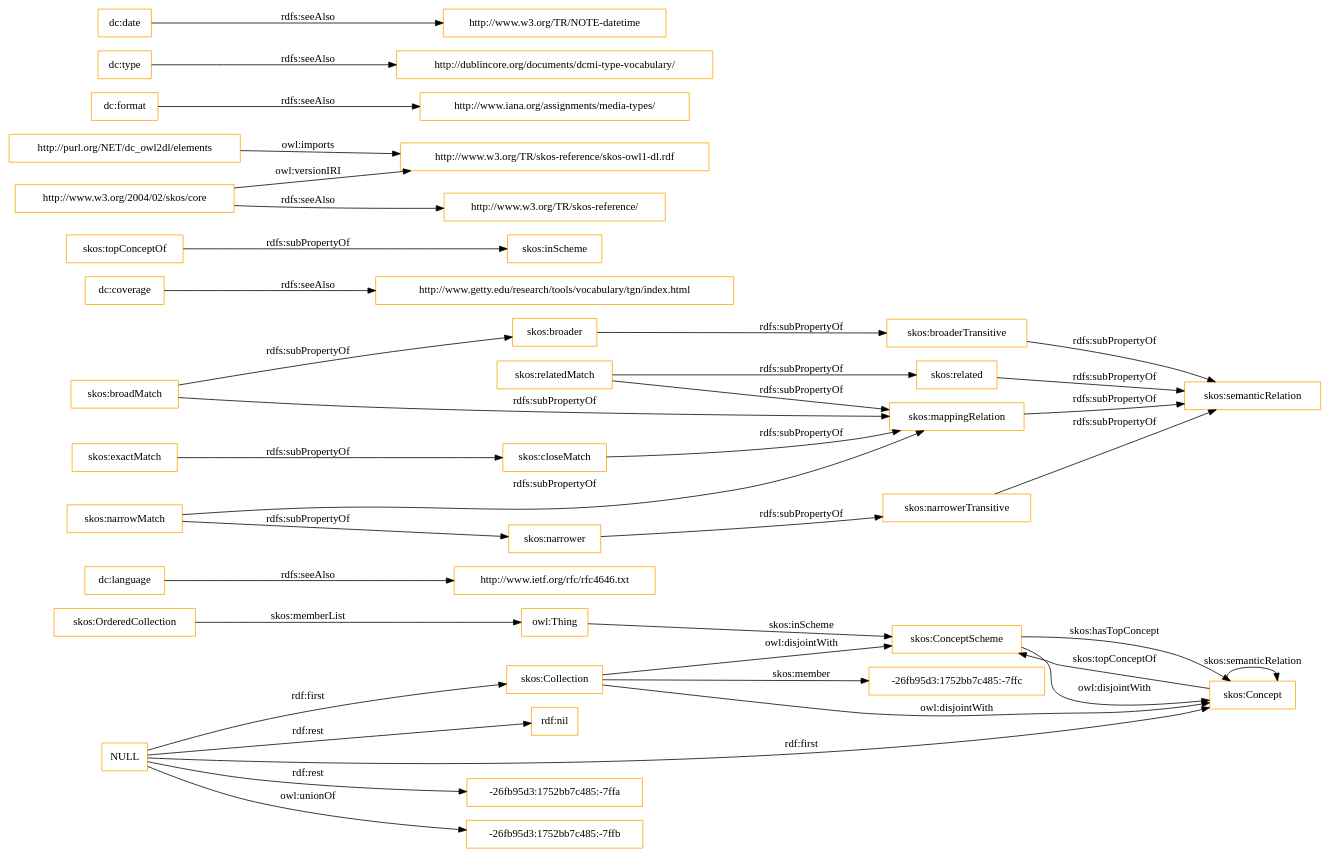
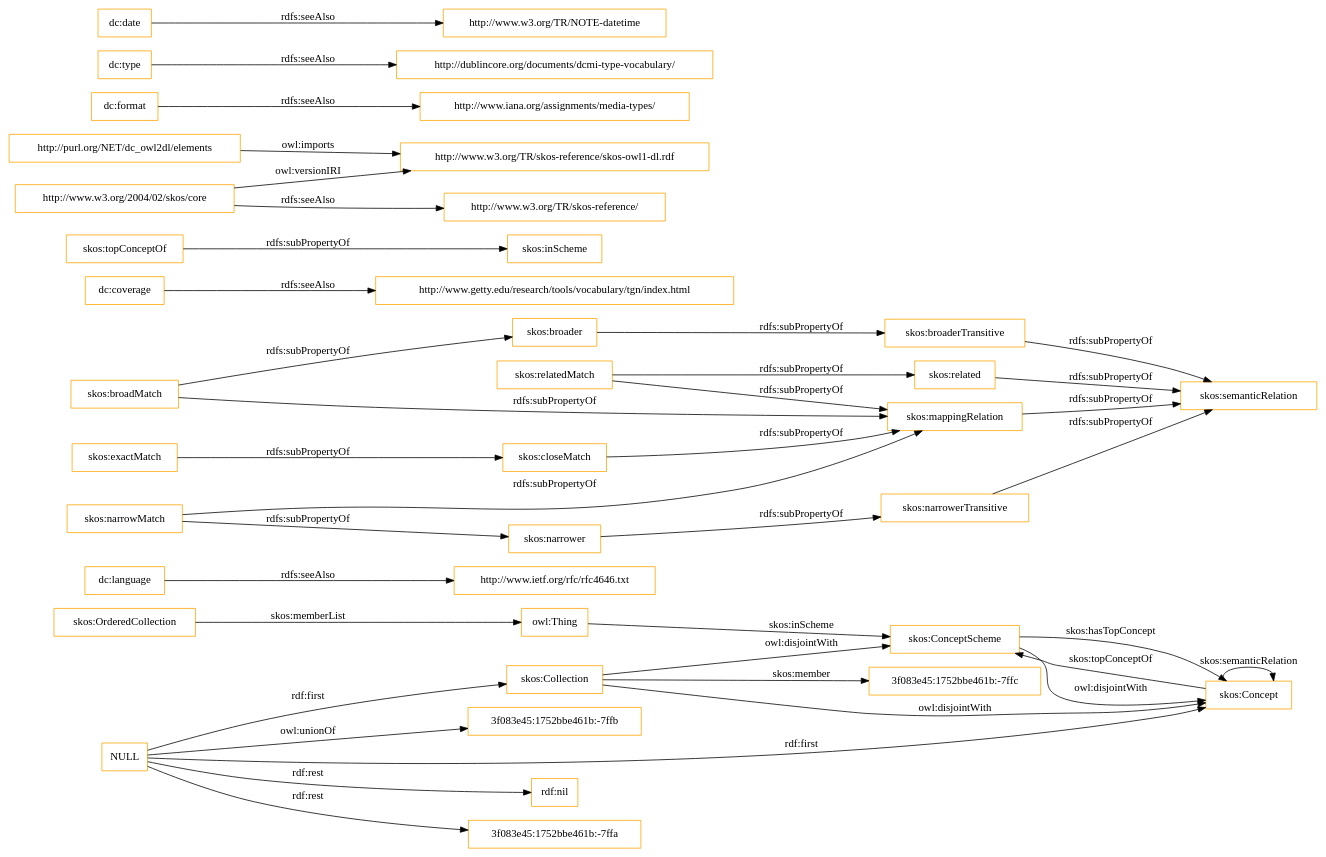
Before and after one commit to OnToologyUser/core-ontology-1: the diagram in OnToology/imports/elements.owl/diagrams/ar2dtool-class/elements.owl.png.dot, drawn with Graphviz. The commit also changed 14 other files, not shown here.

```diff
--- a/OnToology/imports/elements.owl/diagrams/ar2dtool-class/elements.owl.png.dot
+++ b/OnToology/imports/elements.owl/diagrams/ar2dtool-class/elements.owl.png.dot
@@ -1,43 +1,43 @@
 digraph ar2dtool_diagram { 
 rankdir=LR;
 size="1501"
-node [shape = rectangle, color="orange"]; "-26fb95d3:1752bb7c485:-7ffc" "skos:OrderedCollection" "skos:Collection" "skos:ConceptScheme" "skos:Concept" ; /*classes style*/
+node [shape = rectangle, color="orange"]; "3f083e45:1752bbe461b:-7ffc" "skos:OrderedCollection" "skos:Collection" "skos:ConceptScheme" "skos:Concept" ; /*classes style*/
 	"dc:language" -> "http://www.ietf.org/rfc/rfc4646.txt" [ label = "rdfs:seeAlso" ];
-	"NULL" -> "-26fb95d3:1752bb7c485:-7ffa" [ label = "rdf:rest" ];
-	"NULL" -> "skos:Concept" [ label = "rdf:first" ];
-	"NULL" -> "-26fb95d3:1752bb7c485:-7ffb" [ label = "owl:unionOf" ];
 	"NULL" -> "rdf:nil" [ label = "rdf:rest" ];
 	"NULL" -> "skos:Collection" [ label = "rdf:first" ];
+	"NULL" -> "3f083e45:1752bbe461b:-7ffa" [ label = "rdf:rest" ];
+	"NULL" -> "skos:Concept" [ label = "rdf:first" ];
+	"NULL" -> "3f083e45:1752bbe461b:-7ffb" [ label = "owl:unionOf" ];
 	"skos:closeMatch" -> "skos:mappingRelation" [ label = "rdfs:subPropertyOf" ];
 	"dc:coverage" -> "http://www.getty.edu/research/tools/vocabulary/tgn/index.html" [ label = "rdfs:seeAlso" ];
 	"skos:relatedMatch" -> "skos:related" [ label = "rdfs:subPropertyOf" ];
 	"skos:relatedMatch" -> "skos:mappingRelation" [ label = "rdfs:subPropertyOf" ];
 	"skos:ConceptScheme" -> "skos:Concept" [ label = "owl:disjointWith" ];
 	"skos:related" -> "skos:semanticRelation" [ label = "rdfs:subPropertyOf" ];
 	"skos:topConceptOf" -> "skos:inScheme" [ label = "rdfs:subPropertyOf" ];
 	"skos:broadMatch" -> "skos:broader" [ label = "rdfs:subPropertyOf" ];
 	"skos:broadMatch" -> "skos:mappingRelation" [ label = "rdfs:subPropertyOf" ];
 	"http://purl.org/NET/dc_owl2dl/elements" -> "http://www.w3.org/TR/skos-reference/skos-owl1-dl.rdf" [ label = "owl:imports" ];
 	"skos:exactMatch" -> "skos:closeMatch" [ label = "rdfs:subPropertyOf" ];
 	"dc:format" -> "http://www.iana.org/assignments/media-types/" [ label = "rdfs:seeAlso" ];
 	"skos:broaderTransitive" -> "skos:semanticRelation" [ label = "rdfs:subPropertyOf" ];
 	"dc:type" -> "http://dublincore.org/documents/dcmi-type-vocabulary/" [ label = "rdfs:seeAlso" ];
 	"skos:broader" -> "skos:broaderTransitive" [ label = "rdfs:subPropertyOf" ];
 	"skos:mappingRelation" -> "skos:semanticRelation" [ label = "rdfs:subPropertyOf" ];
 	"http://www.w3.org/2004/02/skos/core" -> "http://www.w3.org/TR/skos-reference/skos-owl1-dl.rdf" [ label = "owl:versionIRI" ];
 	"http://www.w3.org/2004/02/skos/core" -> "http://www.w3.org/TR/skos-reference/" [ label = "rdfs:seeAlso" ];
 	"skos:Collection" -> "skos:ConceptScheme" [ label = "owl:disjointWith" ];
 	"skos:Collection" -> "skos:Concept" [ label = "owl:disjointWith" ];
 	"skos:narrowMatch" -> "skos:narrower" [ label = "rdfs:subPropertyOf" ];
 	"skos:narrowMatch" -> "skos:mappingRelation" [ label = "rdfs:subPropertyOf" ];
 	"skos:narrower" -> "skos:narrowerTransitive" [ label = "rdfs:subPropertyOf" ];
 	"dc:date" -> "http://www.w3.org/TR/NOTE-datetime" [ label = "rdfs:seeAlso" ];
 	"skos:narrowerTransitive" -> "skos:semanticRelation" [ label = "rdfs:subPropertyOf" ];
 	"skos:OrderedCollection" -> "owl:Thing" [ label = "skos:memberList" ];
 	"skos:Concept" -> "skos:ConceptScheme" [ label = "skos:topConceptOf" ];
 	"skos:Concept" -> "skos:Concept" [ label = "skos:semanticRelation" ];
-	"skos:Collection" -> "-26fb95d3:1752bb7c485:-7ffc" [ label = "skos:member" ];
+	"skos:Collection" -> "3f083e45:1752bbe461b:-7ffc" [ label = "skos:member" ];
 	"skos:ConceptScheme" -> "skos:Concept" [ label = "skos:hasTopConcept" ];
 	"owl:Thing" -> "skos:ConceptScheme" [ label = "skos:inScheme" ];
 
 }
```
